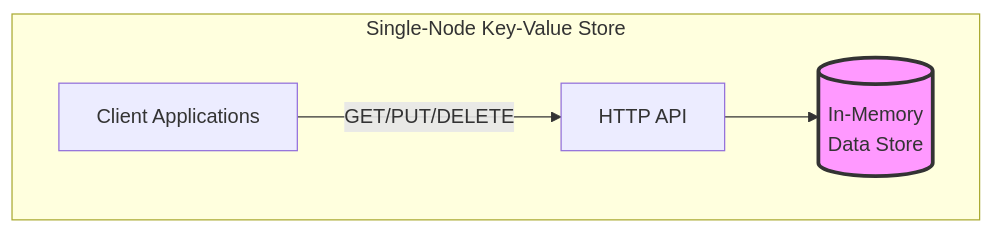
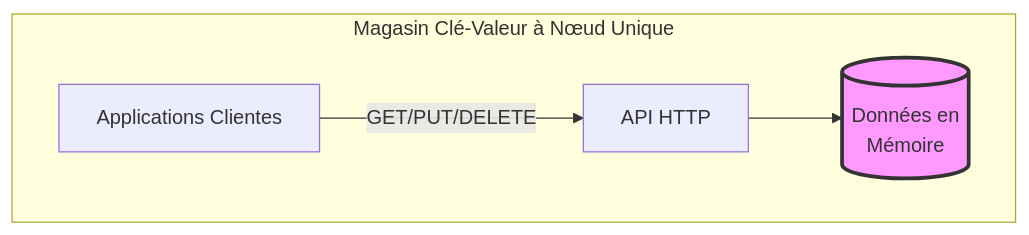
One commit to dardourimohamed/distributed-systems-course changed the third of 3 diagrams in src/data-store/03-store-basics.md. Above: the diagram before and after it, drawn with Mermaid. The commit also changed other lines of this file and 38 other files, not shown here.

````diff
--- a/src/data-store/03-store-basics.md
+++ b/src/data-store/03-store-basics.md
@@ -619,15 +621,15 @@
 ```mermaid
 graph TB
-    subgraph "Single-Node Key-Value Store"
-        Client["Client Applications"]
+    subgraph "Magasin Clé-Valeur à Nœud Unique"
+        Client["Applications Clientes"]
 
-        API["HTTP API"]
+        API["API HTTP"]
 
-        Store[("In-Memory<br/>Data Store")]
+        Store[("Données en<br/>Mémoire")]
 
         Client -->|"GET/PUT/DELETE"| API
         API --> Store
     end
 
     style Store fill:#f9f,stroke:#333,stroke-width:3px
 ```
````
